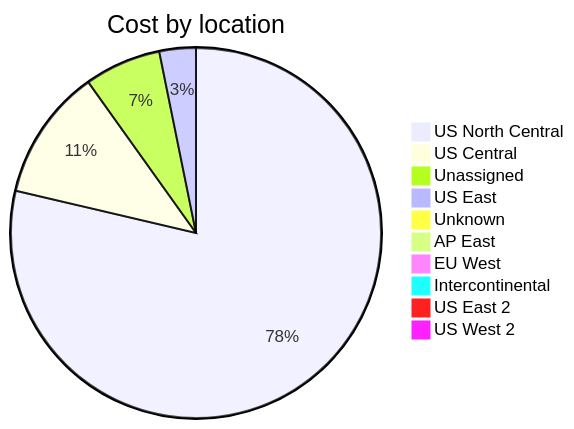
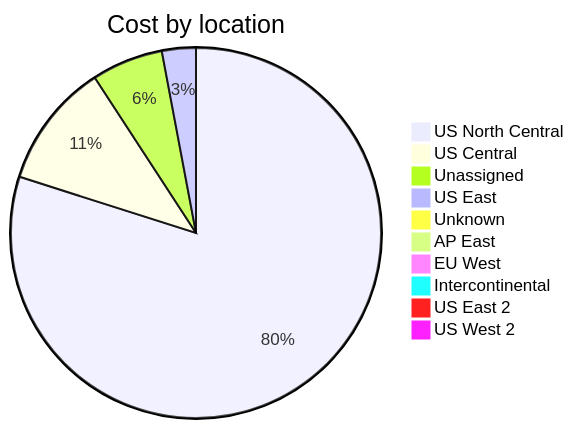
One commit to jpfulton/azure-personal-reports changed the third of 4 diagrams in cost-reports/accumulated-cost.md. Above: the diagram before and after it, drawn with Mermaid. The commit also changed other lines of this file and 4 other files, not shown here.

````diff
--- a/cost-reports/accumulated-cost.md
+++ b/cost-reports/accumulated-cost.md
@@ -132,14 +132,14 @@
 ```mermaid
 pie
    title Cost by location
-   "US North Central" : 137.12
-   "US Central" : 19.97
-   "Unassigned" : 11.65
-   "US East" : 5.55
-   "Unknown" : 0.75
+   "US North Central" : 150.02
+   "US Central" : 20.46
+   "Unassigned" : 11.69
+   "US East" : 5.56
+   "Unknown" : 0.79
    "AP East" : 0.00
    "EU West" : 0.00
    "Intercontinental" : 0.00
    "US East 2" : 0.00
    "US West 2" : 0.00
 ```
````
